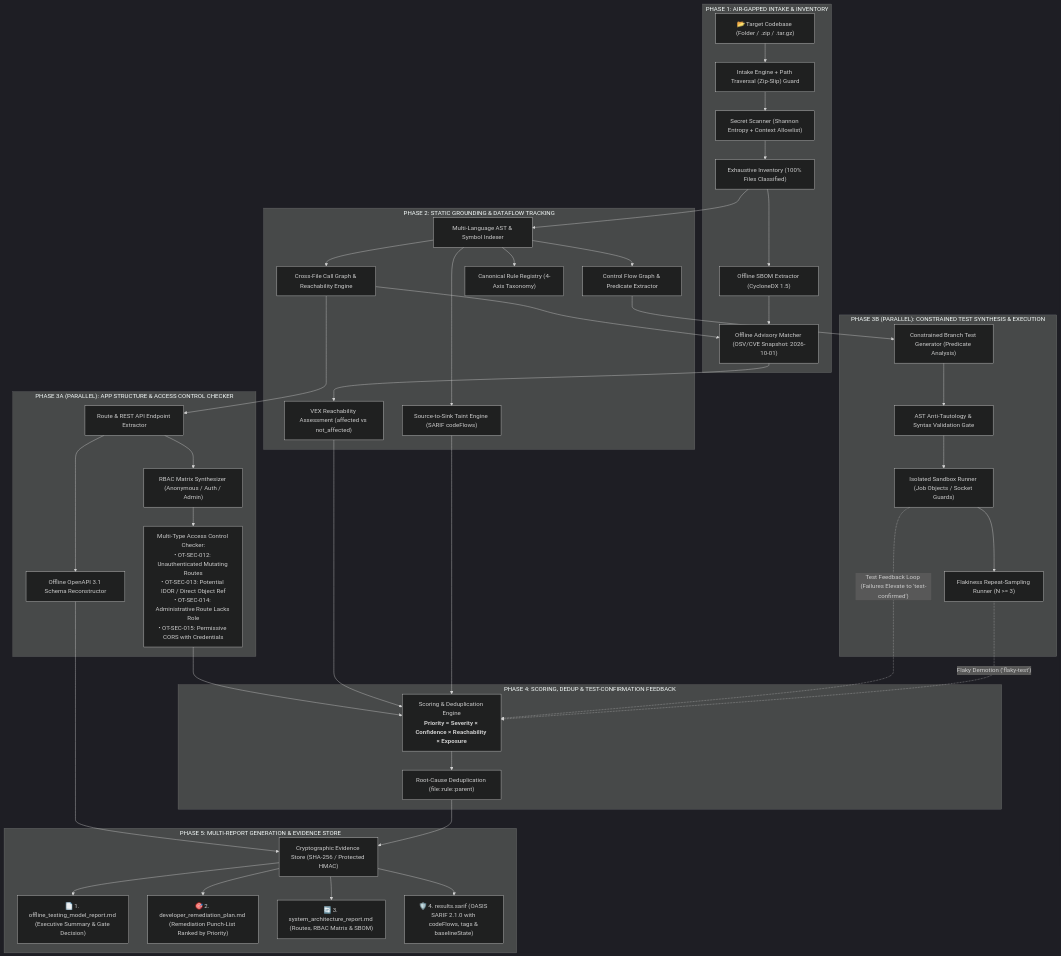
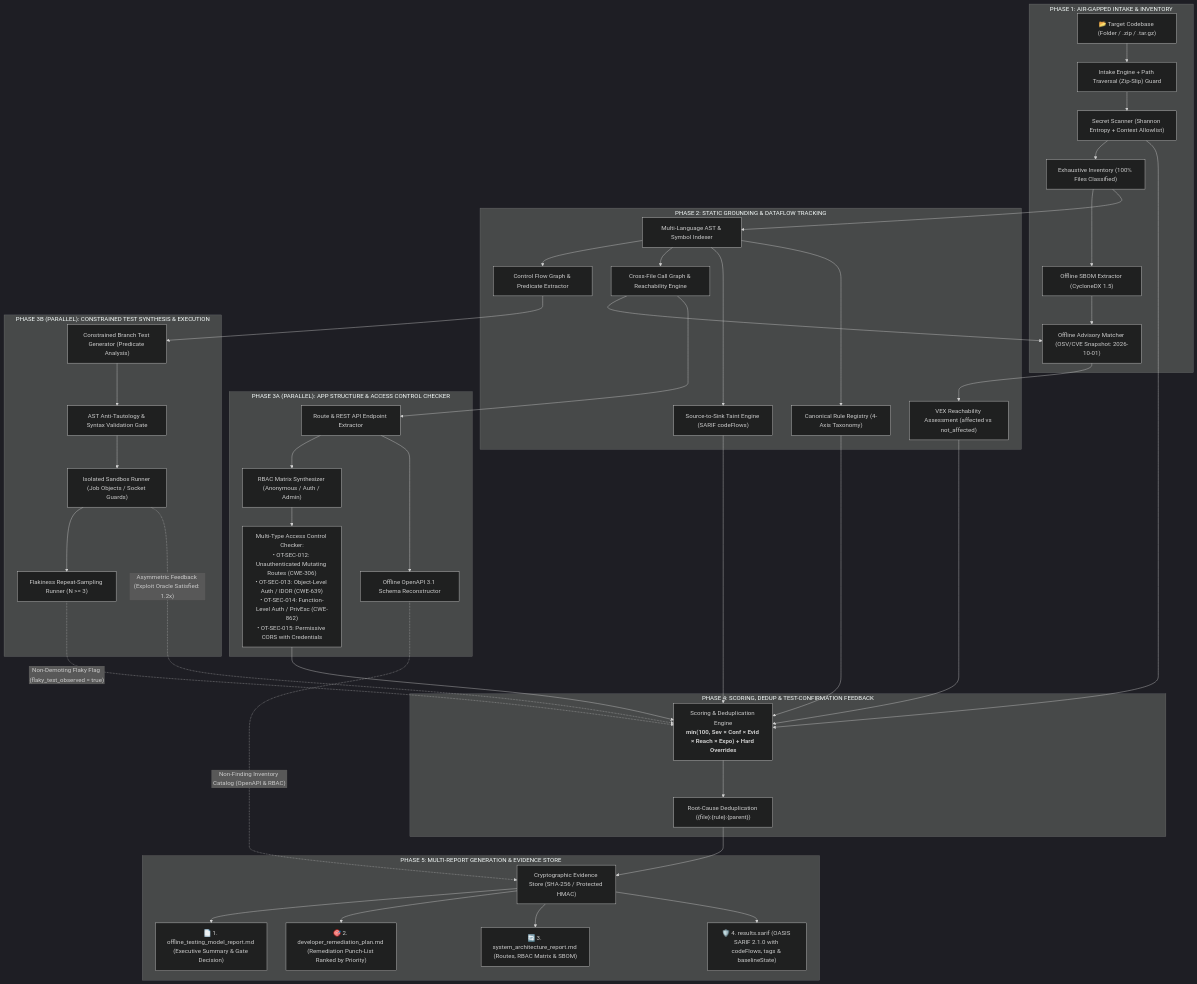
The diagram in README.md (vishalbhardwaj-source/Offline-Model-Test), drawn with Mermaid (dark theme) before and after one commit. The commit also changed other lines of this file and 8 other files, not shown here.

Commit message:
fix(pipeline): add gate hard overrides, remove reachability double-counting, non-demoting flaky flag, benchmark calibration, and diagram unification

````diff
--- a/README.md
+++ b/README.md
@@ -32,56 +32,60 @@
 ```mermaid
 flowchart TD
     subgraph P1["PHASE 1: AIR-GAPPED INTAKE & INVENTORY"]
         Target["📂 Target Codebase (Folder / .zip / .tar.gz)"] --> IntakeEngine["Intake Engine + Path Traversal (Zip-Slip) Guard"]
         IntakeEngine --> SecretScan["Secret Scanner (Shannon Entropy + Context Allowlist)"]
         SecretScan --> InvEngine["Exhaustive Inventory (100% Files Classified)"]
         InvEngine --> SBOMGen["Offline SBOM Extractor (CycloneDX 1.5)"]
         SBOMGen --> AdvisoryMatcher["Offline Advisory Matcher (OSV/CVE Snapshot: 2026-10-01)"]
     end
 
     subgraph P2["PHASE 2: STATIC GROUNDING & DATAFLOW TRACKING"]
         InvEngine --> ASTParser["Multi-Language AST & Symbol Indexer"]
         ASTParser --> CFG["Control Flow Graph & Predicate Extractor"]
         ASTParser --> CallGraph["Cross-File Call Graph & Reachability Engine"]
         ASTParser --> TaintEngine["Source-to-Sink Taint Engine (SARIF codeFlows)"]
         ASTParser --> RuleRegistry["Canonical Rule Registry (4-Axis Taxonomy)"]
         CallGraph --> AdvisoryMatcher
         AdvisoryMatcher --> VEXStatus["VEX Reachability Assessment (affected vs not_affected)"]
     end
 
     %% Parallel Execution Fork from Phase 2
     CallGraph --> RouteExtract
     CFG --> TestGen
 
     subgraph P3A["PHASE 3A (PARALLEL): APP STRUCTURE & ACCESS CONTROL CHECKER"]
         RouteExtract["Route & REST API Endpoint Extractor"] --> RBAC["RBAC Matrix Synthesizer (Anonymous / Auth / Admin)"]
-        RBAC --> RBACFindings["Multi-Type Access Control Checker:<br/>• OT-SEC-012: Unauthenticated Mutating Routes<br/>• OT-SEC-013: Potential IDOR / Direct Object Ref<br/>• OT-SEC-014: Administrative Route Lacks Role<br/>• OT-SEC-015: Permissive CORS with Credentials"]
+        RBAC --> RBACFindings["Multi-Type Access Control Checker:<br/>• OT-SEC-012: Unauthenticated Mutating Routes (CWE-306)<br/>• OT-SEC-013: Object-Level Auth / IDOR (CWE-639)<br/>• OT-SEC-014: Function-Level Auth / PrivEsc (CWE-862)<br/>• OT-SEC-015: Permissive CORS with Credentials"]
         RouteExtract --> OpenAPI["Offline OpenAPI 3.1 Schema Reconstructor"]
     end
 
     subgraph P3B["PHASE 3B (PARALLEL): CONSTRAINED TEST SYNTHESIS & EXECUTION"]
         TestGen["Constrained Branch Test Generator (Predicate Analysis)"] --> ValidationGate["AST Anti-Tautology & Syntax Validation Gate"]
         ValidationGate --> SandboxRunner["Isolated Sandbox Runner (Job Objects / Socket Guards)"]
         SandboxRunner --> FlakyQuarantine["Flakiness Repeat-Sampling Runner (N >= 3)"]
     end
 
-    %% Parallel Convergence to Phase 4
+    %% All-Source Convergence to Phase 4 (No Bypassing)
     RBACFindings --> ScoringEngine
-    OpenAPI --> EvidenceStore
     VEXStatus --> ScoringEngine
     TaintEngine --> ScoringEngine
+    RuleRegistry --> ScoringEngine
+    SecretScan --> ScoringEngine
+
+    %% Non-finding inventory route to Evidence Store for Report 3
+    OpenAPI -.->|"Non-Finding Inventory Catalog (OpenAPI & RBAC)"| EvidenceStore
 
     subgraph P4["PHASE 4: SCORING, DEDUP & TEST-CONFIRMATION FEEDBACK"]
-        SandboxRunner -.->|"Test Feedback Loop (Failures Elevate to 'test-confirmed')"| ScoringEngine["Scoring & Deduplication Engine<br/><b>Priority = Severity × Confidence × Reachability × Exposure</b>"]
-        FlakyQuarantine -.->|"Flaky Demotion ('flaky-test')"| ScoringEngine
-        ScoringEngine --> RootCauseClustering["Root-Cause Deduplication (file::rule::parent)"]
+        SandboxRunner -.->|"Asymmetric Feedback (Exploit Oracle Satisfied: 1.2x)"| ScoringEngine["Scoring & Deduplication Engine<br/><b>min(100, Sev × Conf × Evid × Reach × Expo) + Hard Overrides</b>"]
+        FlakyQuarantine -.->|"Non-Demoting Flaky Flag (flaky_test_observed = true)"| ScoringEngine
+        ScoringEngine --> RootCauseClustering["Root-Cause Deduplication ({file}:{rule}:{parent})"]
     end
 
     subgraph P5["PHASE 5: MULTI-REPORT GENERATION & EVIDENCE STORE"]
         RootCauseClustering --> EvidenceStore["Cryptographic Evidence Store (SHA-256 / Protected HMAC)"]
         EvidenceStore --> Rep1["📄 1. offline_testing_model_report.md (Executive Summary & Gate Decision)"]
         EvidenceStore --> Rep2["🎯 2. developer_remediation_plan.md (Remediation Punch-List Ranked by Priority)"]
         EvidenceStore --> Rep3["🔄 3. system_architecture_report.md (Routes, RBAC Matrix & SBOM)"]
         EvidenceStore --> Rep4["🛡️ 4. results.sarif (OASIS SARIF 2.1.0 with codeFlows, tags & baselineState)"]
     end
 ```
````
